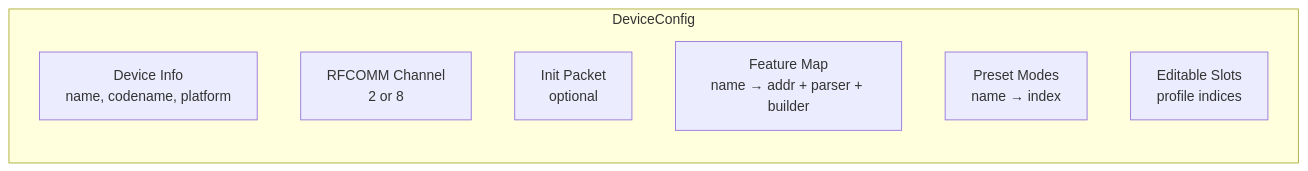
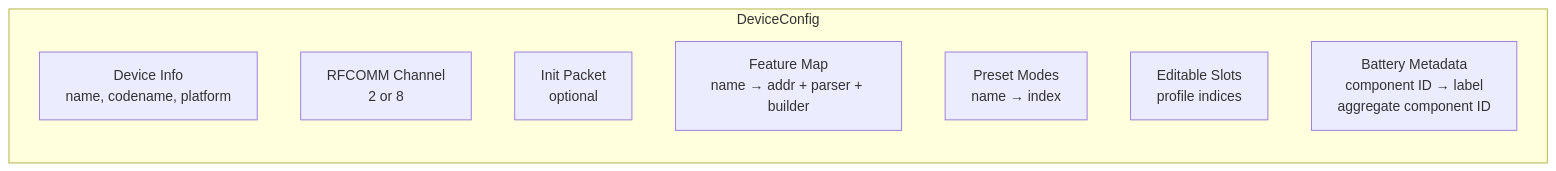
One commit to andresantonioriveros/bosectl changed the third of 8 diagrams in docs/architecture.md. Above: the diagram before and after it, drawn with Mermaid. The commit also changed other lines of this file and 38 other files, not shown here.

````diff
--- a/docs/architecture.md
+++ b/docs/architecture.md
@@ -123,11 +123,12 @@
 ```mermaid
 graph LR
     subgraph DeviceConfig
         INFO[Device Info<br/>name, codename, platform]
         CHAN[RFCOMM Channel<br/>2 or 8]
         INIT[Init Packet<br/>optional]
         FEAT[Feature Map<br/>name → addr + parser + builder]
         MODES[Preset Modes<br/>name → index]
         SLOTS[Editable Slots<br/>profile indices]
+        CELLS[Battery Metadata<br/>component ID → label<br/>aggregate component ID]
     end
 ```
````
